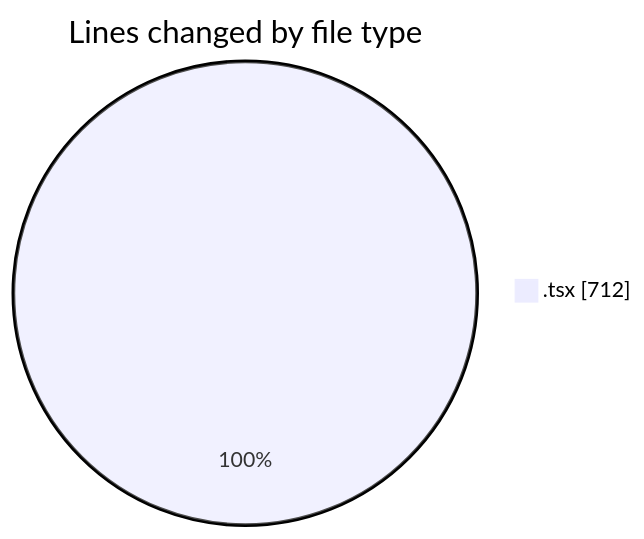
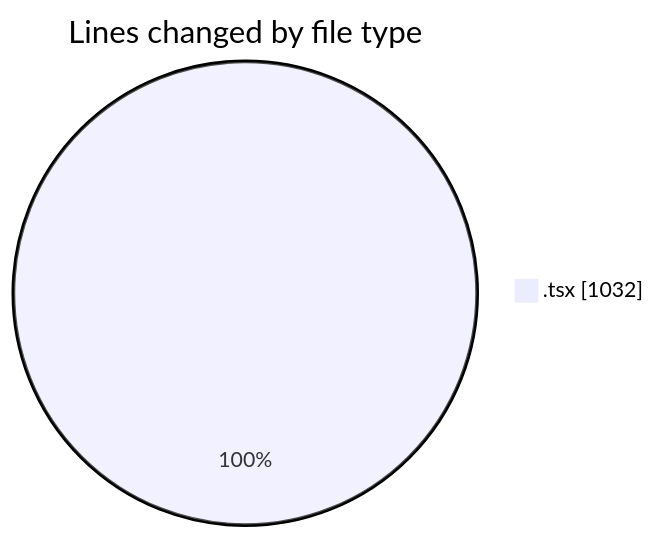
Before and after one commit to nxtqubesakshisongat/code-tracking: the first of 2 diagrams in 2026-03-03/nxtqube_webapp/README.md, drawn with Mermaid. The commit also changed other lines of this file and 1 other file, not shown here.

````diff
--- a/2026-03-03/nxtqube_webapp/README.md
+++ b/2026-03-03/nxtqube_webapp/README.md
@@ -20,5 +21,5 @@
 ```mermaid
 pie showData
 title Lines changed by file type
-".tsx" : 712
+".tsx" : 1032
 ```
````
